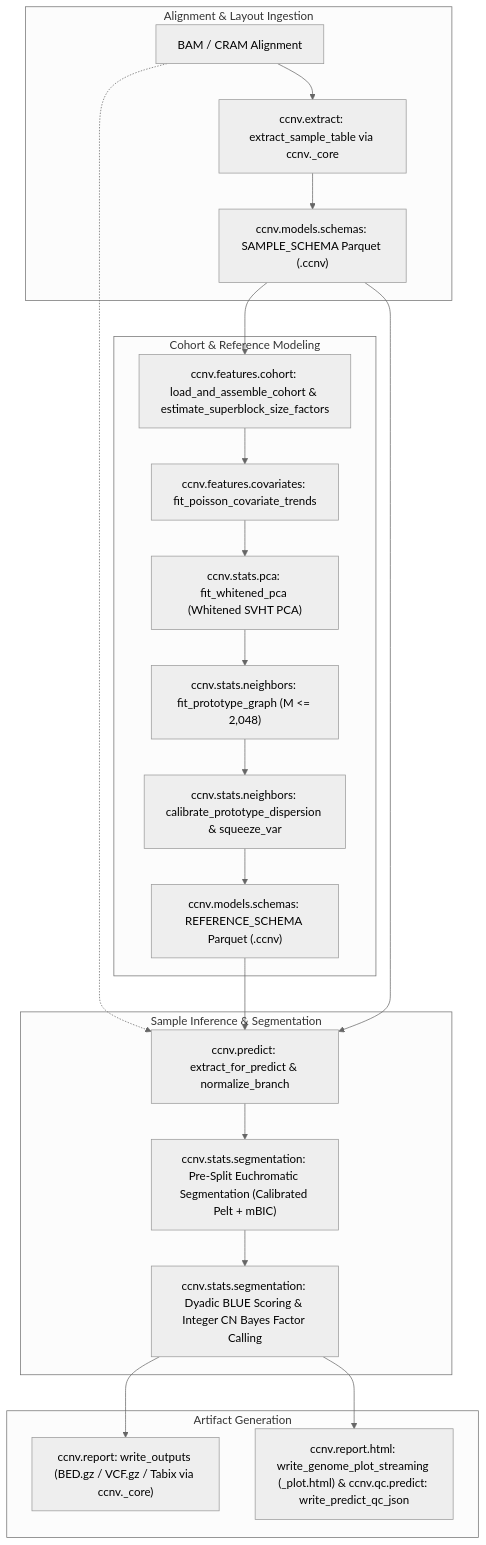
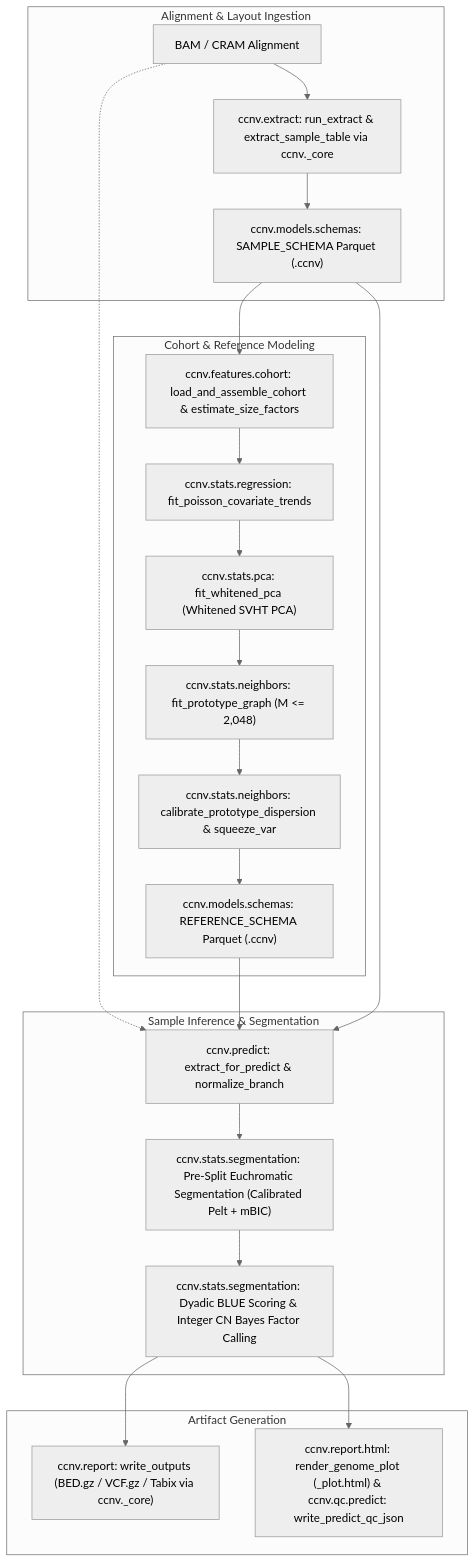
The diagram in src/ccnv/README.md (matthdsm/ccnv), drawn with Mermaid (neutral theme) before and after one commit. The commit also changed other lines of this file and 15 other files, not shown here.

````diff
--- a/src/ccnv/README.md
+++ b/src/ccnv/README.md
@@ -7,26 +7,26 @@
 ```mermaid
 flowchart TD
     subgraph Ingestion["Alignment & Layout Ingestion"]
-        A["BAM / CRAM Alignment"] --> B["ccnv.extract: extract_sample_table via ccnv._core"]
+        A["BAM / CRAM Alignment"] --> B["ccnv.extract: run_extract & extract_sample_table via ccnv._core"]
         B --> C["ccnv.models.schemas: SAMPLE_SCHEMA Parquet (.ccnv)"]
     end
     subgraph ReferenceModeling["Cohort & Reference Modeling"]
-        C --> D["ccnv.features.cohort: load_and_assemble_cohort & estimate_superblock_size_factors"]
-        D --> E["ccnv.features.covariates: fit_poisson_covariate_trends"]
+        C --> D["ccnv.features.cohort: load_and_assemble_cohort & estimate_size_factors"]
+        D --> E["ccnv.stats.regression: fit_poisson_covariate_trends"]
         E --> F["ccnv.stats.pca: fit_whitened_pca (Whitened SVHT PCA)"]
         F --> G["ccnv.stats.neighbors: fit_prototype_graph (M <= 2,048)"]
         G --> H["ccnv.stats.neighbors: calibrate_prototype_dispersion & squeeze_var"]
         H --> I["ccnv.models.schemas: REFERENCE_SCHEMA Parquet (.ccnv)"]
     end
     subgraph Inference["Sample Inference & Segmentation"]
         A -.-> J["ccnv.predict: extract_for_predict & normalize_branch"]
         I --> J
         C --> J
         J --> K["ccnv.stats.segmentation: Pre-Split Euchromatic Segmentation (Calibrated Pelt + mBIC)"]
         K --> L["ccnv.stats.segmentation: Dyadic BLUE Scoring & Integer CN Bayes Factor Calling"]
     end
     subgraph Reporting["Artifact Generation"]
         L --> M["ccnv.report: write_outputs (BED.gz / VCF.gz / Tabix via ccnv._core)"]
-        L --> N["ccnv.report.html: write_genome_plot_streaming (_plot.html) & ccnv.qc.predict: write_predict_qc_json"]
+        L --> N["ccnv.report.html: render_genome_plot (_plot.html) & ccnv.qc.predict: write_predict_qc_json"]
     end
 ```
````
